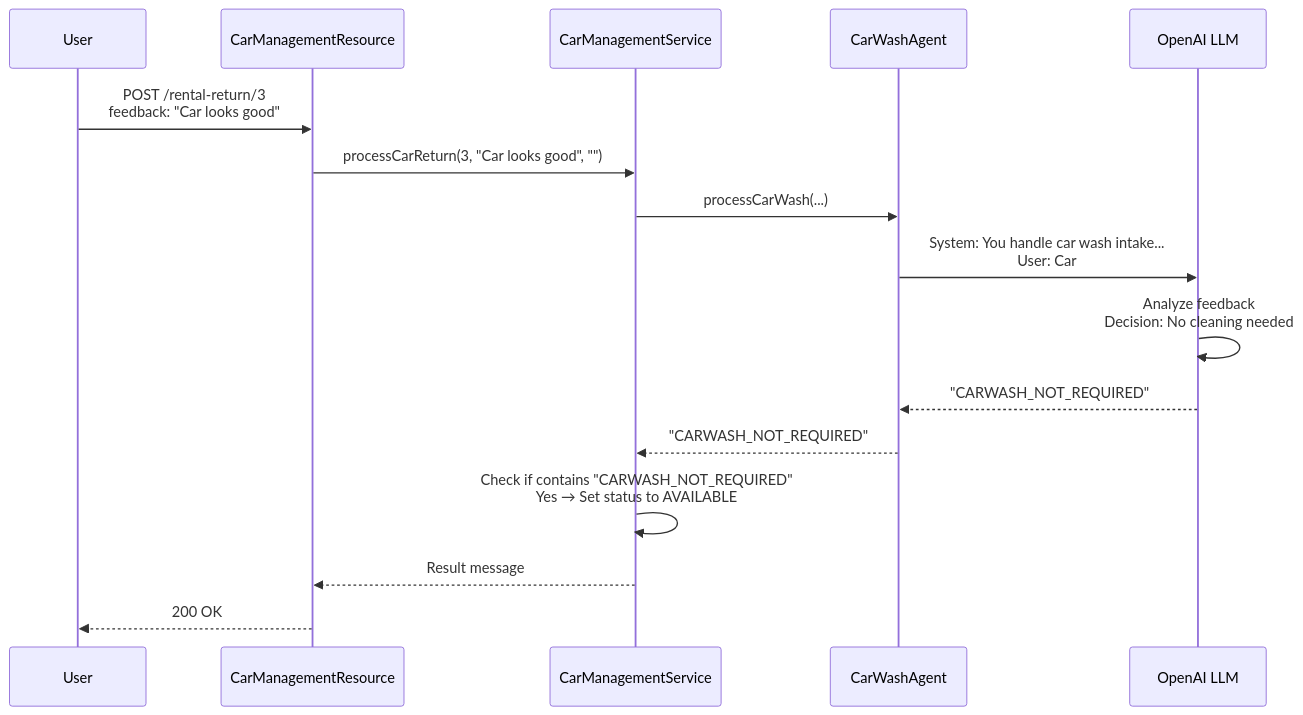
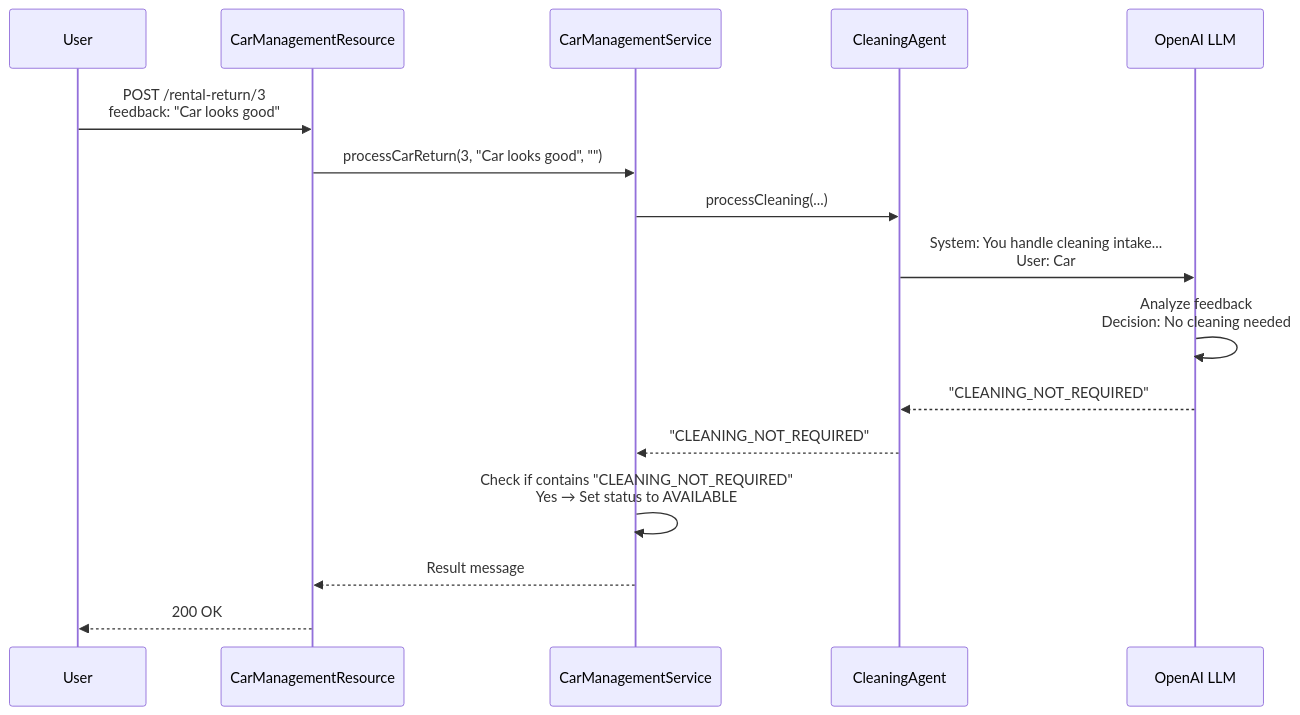
The second of 2 diagrams in docs/docs/section-2/step-01.md (IBM/ibm-quarkus-ai-langchain4j-workshop), drawn with Mermaid before and after one commit. The commit also changed other lines of this file and 83 other files, not shown here.

````diff
--- a/docs/docs/section-2/step-01.md
+++ b/docs/docs/section-2/step-01.md
@@ -367,19 +367,19 @@
 ```mermaid
 sequenceDiagram
     participant User
     participant REST as CarManagementResource
     participant Service as CarManagementService
-    participant Agent as CarWashAgent
+    participant Agent as CleaningAgent
     participant LLM as OpenAI LLM
 
     User->>REST: POST /rental-return/3<br/>feedback: "Car looks good"
     REST->>Service: processCarReturn(3, "Car looks good", "")
-    Service->>Agent: processCarWash(...)
-    Agent->>LLM: System: You handle car wash intake...<br/>User: Car #3, feedback: "Car looks good"
+    Service->>Agent: processCleaning(...)
+    Agent->>LLM: System: You handle cleaning intake...<br/>User: Car #3, feedback: "Car looks good"
     LLM->>LLM: Analyze feedback<br/>Decision: No cleaning needed
-    LLM-->>Agent: "CARWASH_NOT_REQUIRED"
-    Agent-->>Service: "CARWASH_NOT_REQUIRED"
-    Service->>Service: Check if contains "CARWASH_NOT_REQUIRED"<br/>Yes → Set status to AVAILABLE
+    LLM-->>Agent: "CLEANING_NOT_REQUIRED"
+    Agent-->>Service: "CLEANING_NOT_REQUIRED"
+    Service->>Service: Check if contains "CLEANING_NOT_REQUIRED"<br/>Yes → Set status to AVAILABLE
     Service-->>REST: Result message
     REST-->>User: 200 OK
 ```
````
